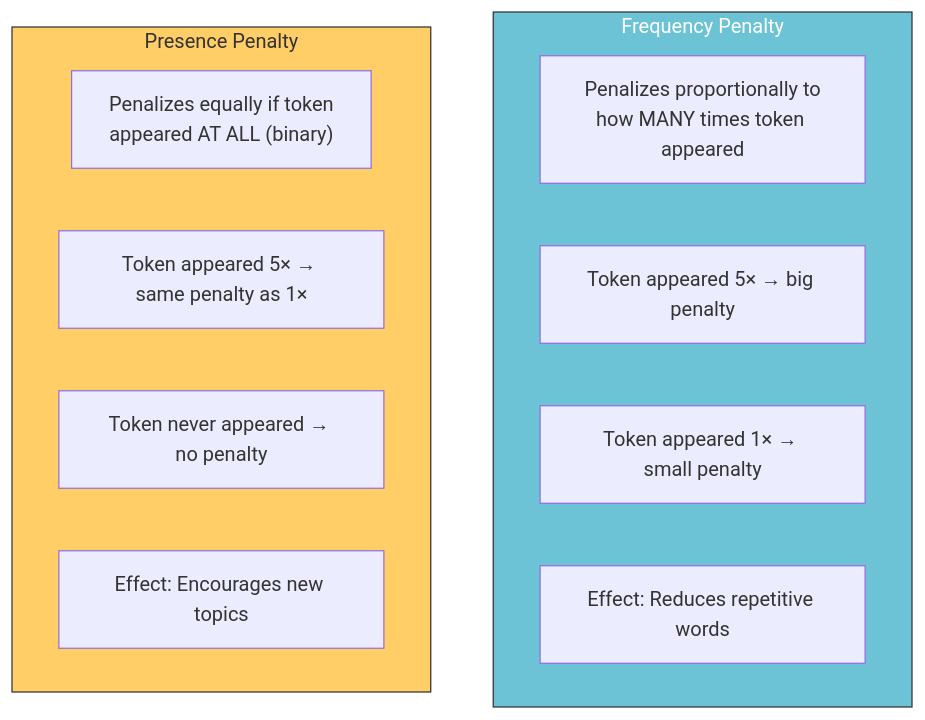
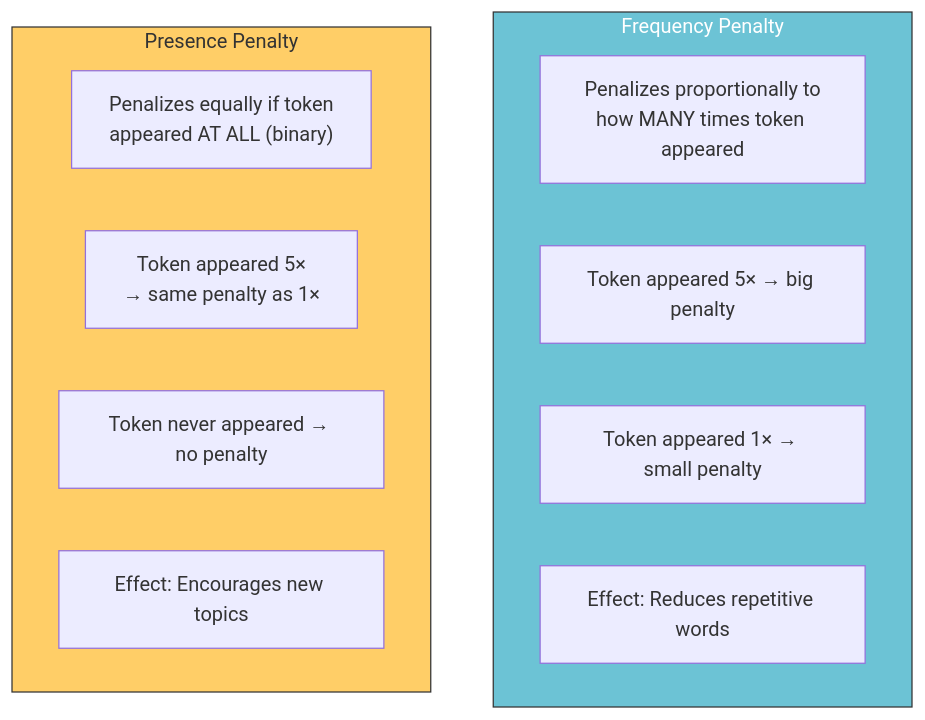
One commit to tanquangduong/tanquangduong.github.io changed the seventh of 10 diagrams in posts/llm-interview/LLM-Interview-QA-3.qmd. Above: the diagram before and after it, drawn with Mermaid. The commit also changed other lines of this file and 10 other files, not shown here.

````diff
--- a/posts/llm-interview/LLM-Interview-QA-3.qmd
+++ b/posts/llm-interview/LLM-Interview-QA-3.qmd
@@ -511,20 +511,20 @@
 ```{mermaid}
 graph TD
     linkStyle default stroke:#000,color:#000
     subgraph FP["Frequency Penalty"]
         FP1["Penalizes proportionally to<br/>how MANY times token appeared"]
         FP2["Token appeared 5× → big penalty"]
         FP3["Token appeared 1× → small penalty"]
         FP4["Effect: Reduces repetitive words"]
     end
 
     subgraph PP["Presence Penalty"]
         PP1["Penalizes equally if token<br/>appeared AT ALL (binary)"]
-        PP2["Token appeared 5× → same penalty as 1×"]
+        PP2["Token appeared 5×<br/>→ same penalty as 1×"]
         PP3["Token never appeared → no penalty"]
         PP4["Effect: Encourages new topics"]
     end
 
     style FP fill:#6cc3d5,stroke:#333,color:#fff
     style PP fill:#ffce67,stroke:#333
 ```
````
